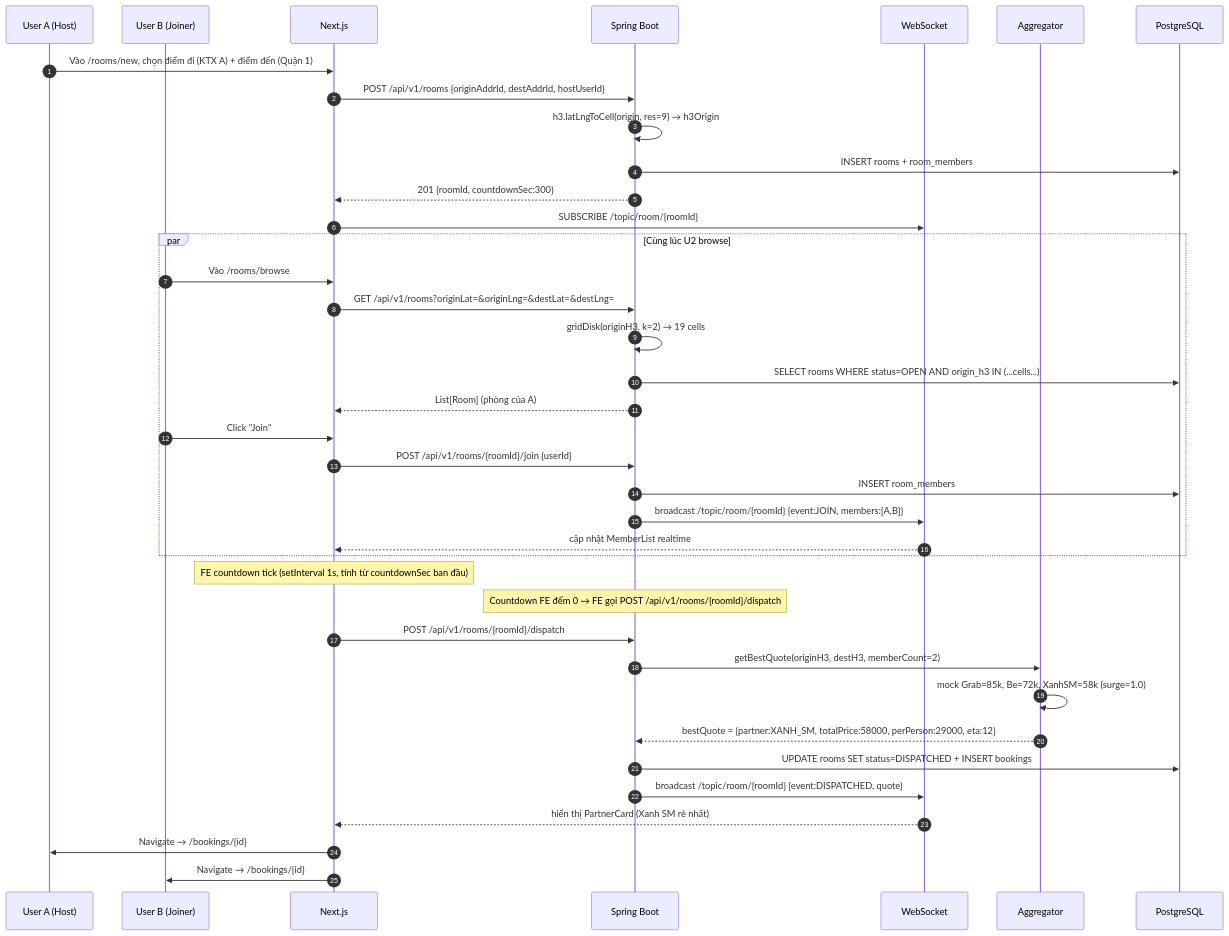
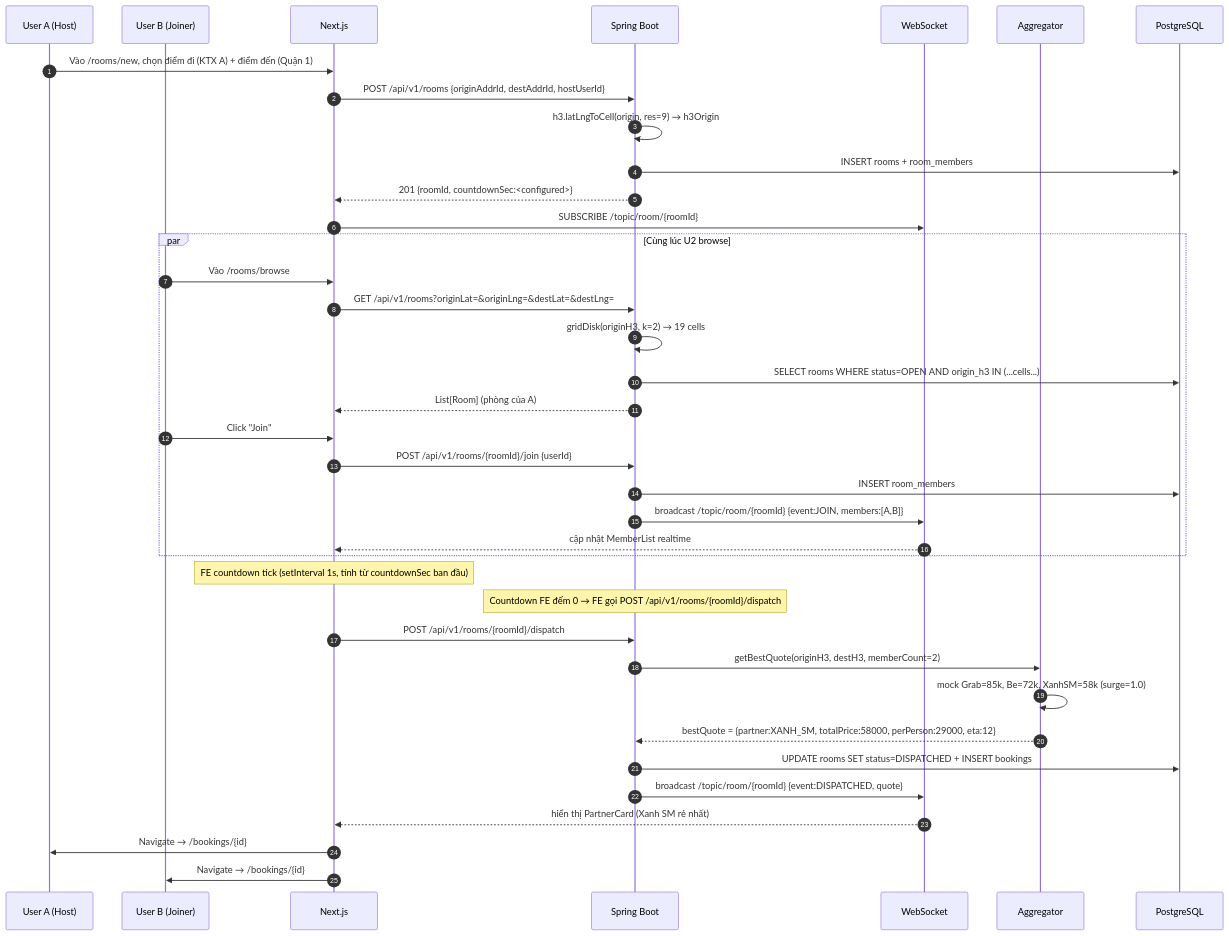
The second of 6 diagrams in docs/hub-ride-architecture.md (Quoocshi/Grab_Future_Hackathon_Team_F), drawn with Mermaid before and after one commit. The commit also changed other lines of this file, not shown here.

Commit message:
docs: Update countdown configuration to allow dynamic time settings for room service

````diff
--- a/docs/hub-ride-architecture.md
+++ b/docs/hub-ride-architecture.md
@@ -169,44 +169,44 @@
 ```mermaid
 sequenceDiagram
     autonumber
     participant U1 as User A (Host)
     participant U2 as User B (Joiner)
     participant FE as Next.js
     participant BE as Spring Boot
     participant WS as WebSocket
     participant AGG as Aggregator
     participant PG as PostgreSQL
 
     U1->>FE: Vào /rooms/new, chọn điểm đi (KTX A) + điểm đến (Quận 1)
     FE->>BE: POST /api/v1/rooms {originAddrId, destAddrId, hostUserId}
     BE->>BE: h3.latLngToCell(origin, res=9) → h3Origin
     BE->>PG: INSERT rooms + room_members
-    BE-->>FE: 201 {roomId, countdownSec:300}
+    BE-->>FE: 201 {roomId, countdownSec:<configured>}
     FE->>WS: SUBSCRIBE /topic/room/{roomId}
 
     par Cùng lúc U2 browse
         U2->>FE: Vào /rooms/browse
         FE->>BE: GET /api/v1/rooms?originLat=&originLng=&destLat=&destLng=
         BE->>BE: gridDisk(originH3, k=2) → 19 cells
         BE->>PG: SELECT rooms WHERE status=OPEN AND origin_h3 IN (...cells...)
         BE-->>FE: List[Room] (phòng của A)
         U2->>FE: Click "Join"
         FE->>BE: POST /api/v1/rooms/{roomId}/join {userId}
         BE->>PG: INSERT room_members
         BE->>WS: broadcast /topic/room/{roomId} {event:JOIN, members:[A,B]}
         WS-->>FE: cập nhật MemberList realtime
     end
 
     Note over FE: FE countdown tick (setInterval 1s, tính từ countdownSec ban đầu)
 
     Note over BE: Countdown FE đếm 0 → FE gọi POST /api/v1/rooms/{roomId}/dispatch
     FE->>BE: POST /api/v1/rooms/{roomId}/dispatch
     BE->>AGG: getBestQuote(originH3, destH3, memberCount=2)
     AGG->>AGG: mock Grab=85k, Be=72k, XanhSM=58k (surge=1.0)
     AGG-->>BE: bestQuote = {partner:XANH_SM, totalPrice:58000, perPerson:29000, eta:12}
     BE->>PG: UPDATE rooms SET status=DISPATCHED + INSERT bookings
     BE->>WS: broadcast /topic/room/{roomId} {event:DISPATCHED, quote}
     WS-->>FE: hiển thị PartnerCard (Xanh SM rẻ nhất)
     FE->>U1: Navigate → /bookings/{id}
     FE->>U2: Navigate → /bookings/{id}
 ```
````
